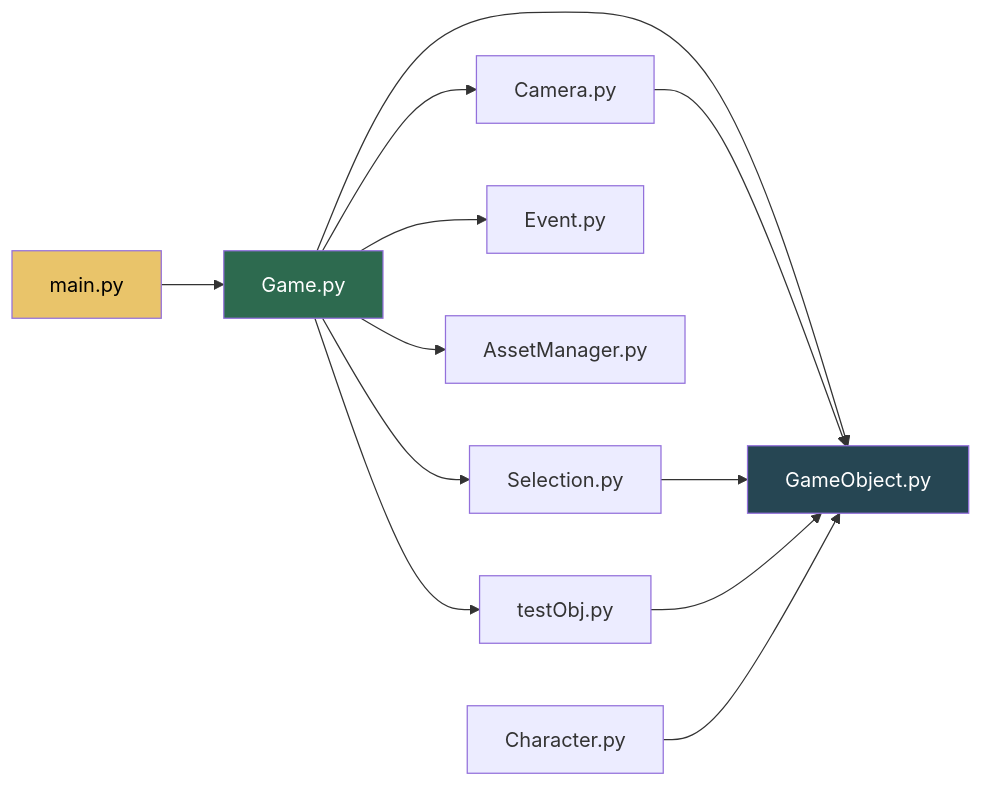
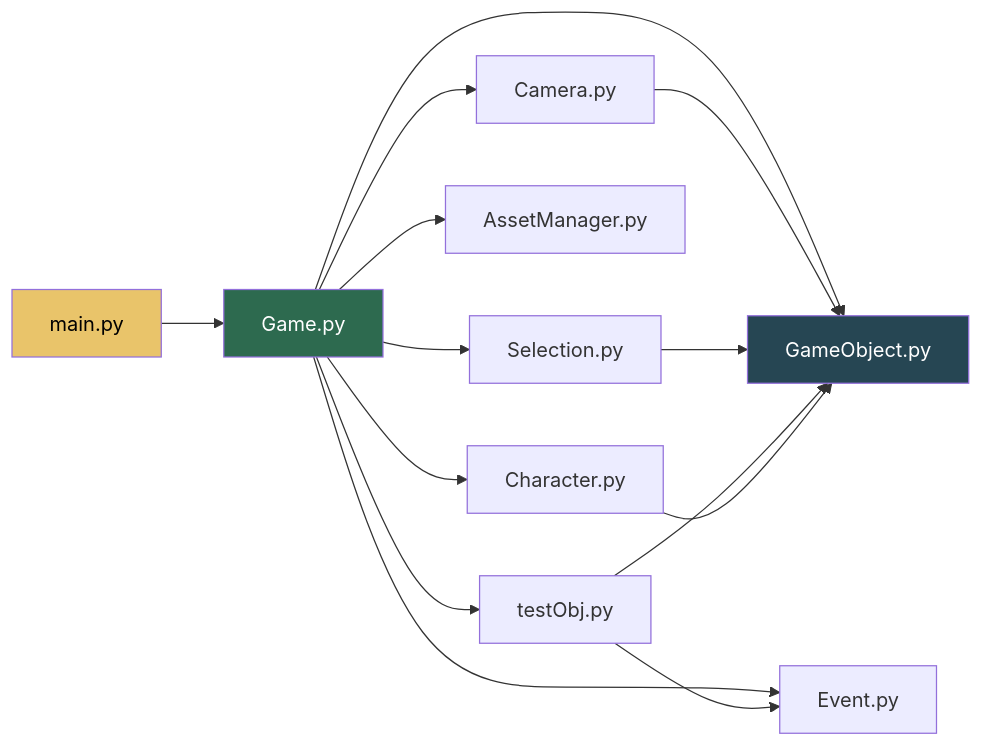
One commit to qla544865/ALEPH changed the second of 2 diagrams in Documentation.md. Above: the diagram before and after it, drawn with Mermaid. The commit also changed other lines of this file and 7 other files, not shown here.

````diff
--- a/Documentation.md
+++ b/Documentation.md
@@ -524,19 +623,21 @@
 ```mermaid
 graph LR
     main["main.py"] --> Game["Game.py"]
     Game --> Camera["Camera.py"]
     Game --> Selection["Selection.py"]
     Game --> Event["Event.py"]
     Game --> AssetManager["AssetManager.py"]
     Game --> GameObject["GameObject.py"]
     Game --> testObj["testObj.py"]
+    Game --> Character["Character.py"]
 
     Camera --> GameObject
     Selection --> GameObject
     testObj --> GameObject
-    Character["Character.py"] --> GameObject
+    testObj --> Event
+    Character --> GameObject
 
     style main fill:#e9c46a,color:#000
     style Game fill:#2d6a4f,color:#fff
     style GameObject fill:#264653,color:#fff
 ```
````
